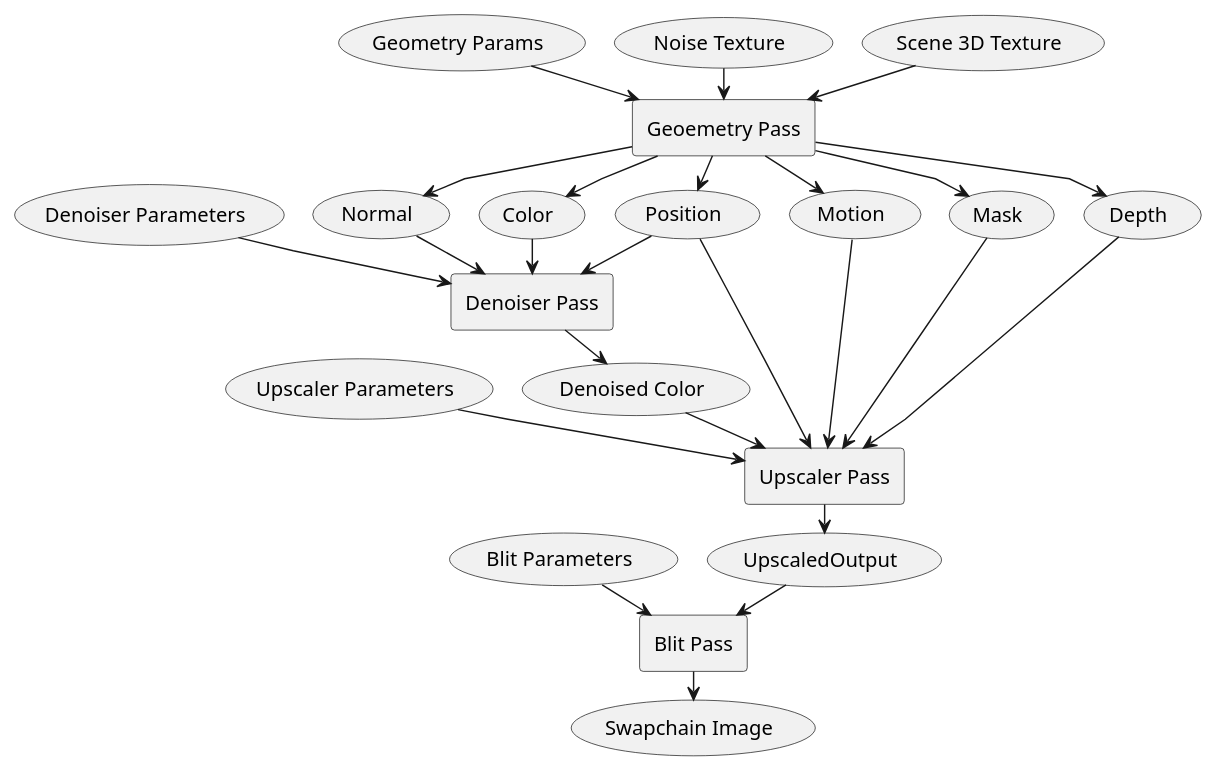
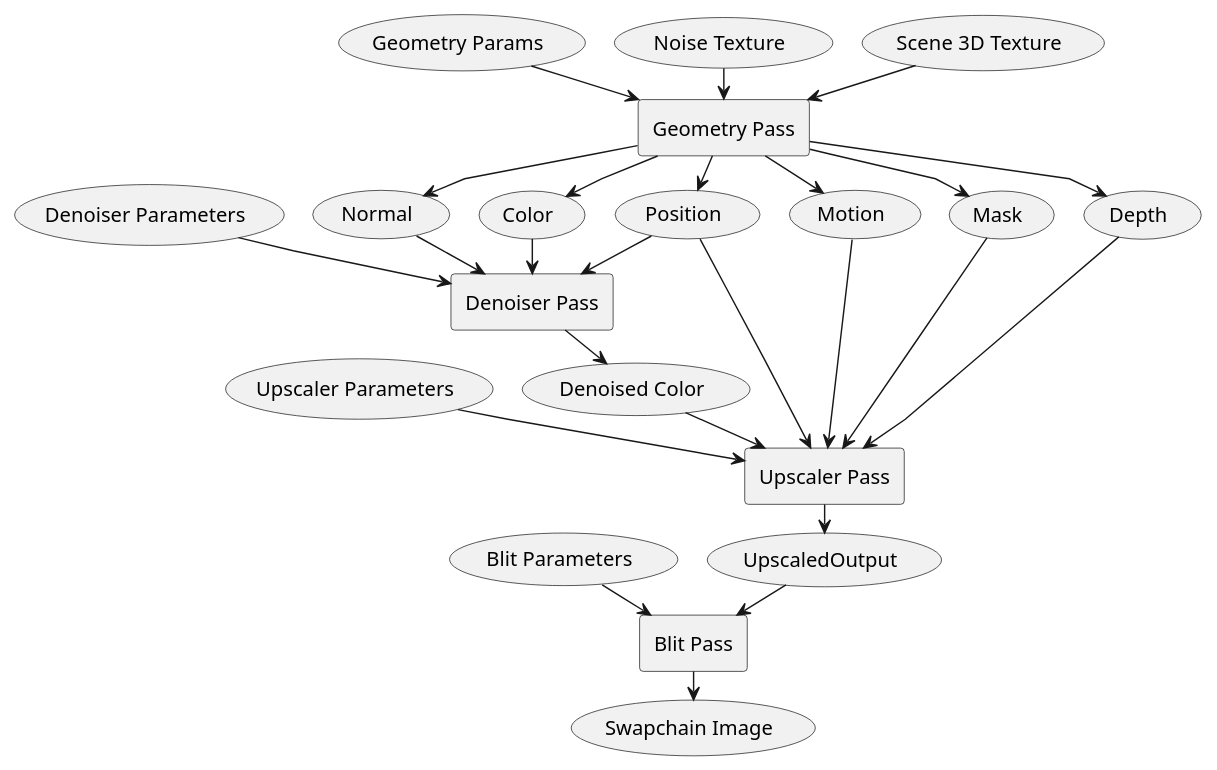
The diagram in docs/rendergraph.puml (ectucker1/voxel-raytracing), drawn with PlantUML before and after one commit. The commit also changed 6 other files, not shown here.

Commit message:
Added diagrams and requirements presentation slides

```diff
--- a/docs/rendergraph.puml
+++ b/docs/rendergraph.puml
@@ -1,76 +1,78 @@
 @startuml
 
 skinparam componentStyle rectangle
 skinparam linetype polyline
 
 skinparam nodesep 20
 skinparam ranksep 20
 
+skinparam BackgroundColor #00000000
+
 together {
     (Scene 3D Texture) as SceneTex
     (Noise Texture) as NoiseTex
     (Geometry Params) as GeomParams
 }
 
-[Geoemetry Pass] as GeomPass
+[Geometry Pass] as GeomPass
 
 together {
     (Color) as ColorOut
     (Depth) as DepthOut
     (Motion) as MotionOut
     (Mask) as MaskOut
     (Position) as PosOut
     (Normal) as NormalOut
 }
 
 (Denoiser Parameters) as DenoiseParams
 
 [Denoiser Pass] as DenoiserPass
 
 (Denoised Color) as DenoiseOut
 
 (Upscaler Parameters) as UpscalerParams
 
 [Upscaler Pass] as UpscalerPass
 
 (UpscaledOutput) as UpscaleOut
 
 (Blit Parameters) as BlitParams
 
 [Blit Pass] as BlitPass
 
 (Swapchain Image) as Swapchain
 
 SceneTex --> GeomPass
 NoiseTex --> GeomPass
 GeomParams --> GeomPass
 
 GeomPass --> ColorOut
 GeomPass --> DepthOut
 GeomPass --> NormalOut
 GeomPass --> PosOut
 GeomPass --> MotionOut
 GeomPass --> MaskOut
 
 ColorOut --> DenoiserPass
 PosOut --> DenoiserPass
 NormalOut --> DenoiserPass
 DenoiseParams --> DenoiserPass
 
 DenoiserPass --> DenoiseOut
 
 DenoiseOut --> UpscalerPass
 DepthOut --> UpscalerPass
 PosOut --> UpscalerPass
 MotionOut --> UpscalerPass
 MaskOut --> UpscalerPass
 UpscalerParams --> UpscalerPass
 
 UpscalerPass --> UpscaleOut
 
 UpscaleOut --> BlitPass
 BlitParams --> BlitPass
 
 BlitPass --> Swapchain
 
 @enduml
```
